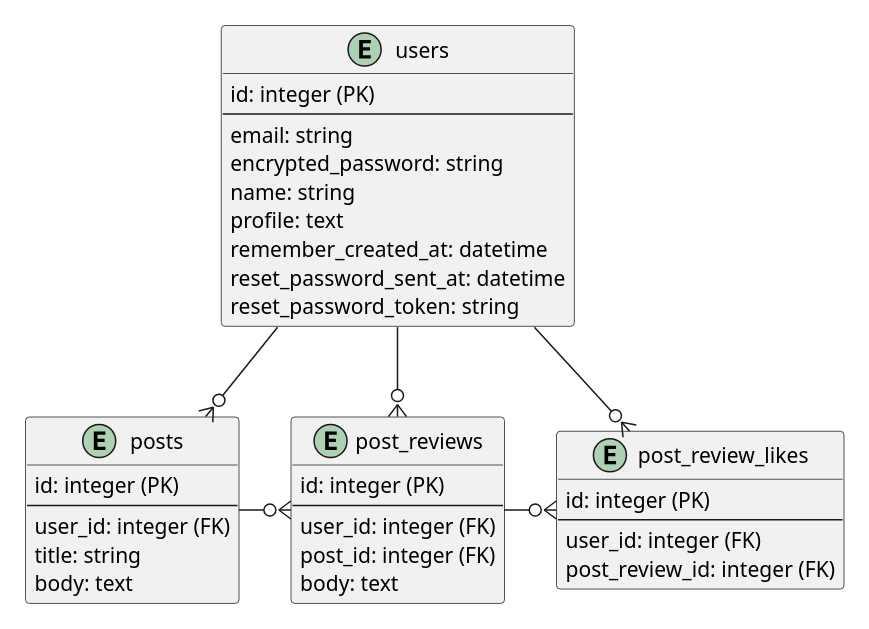
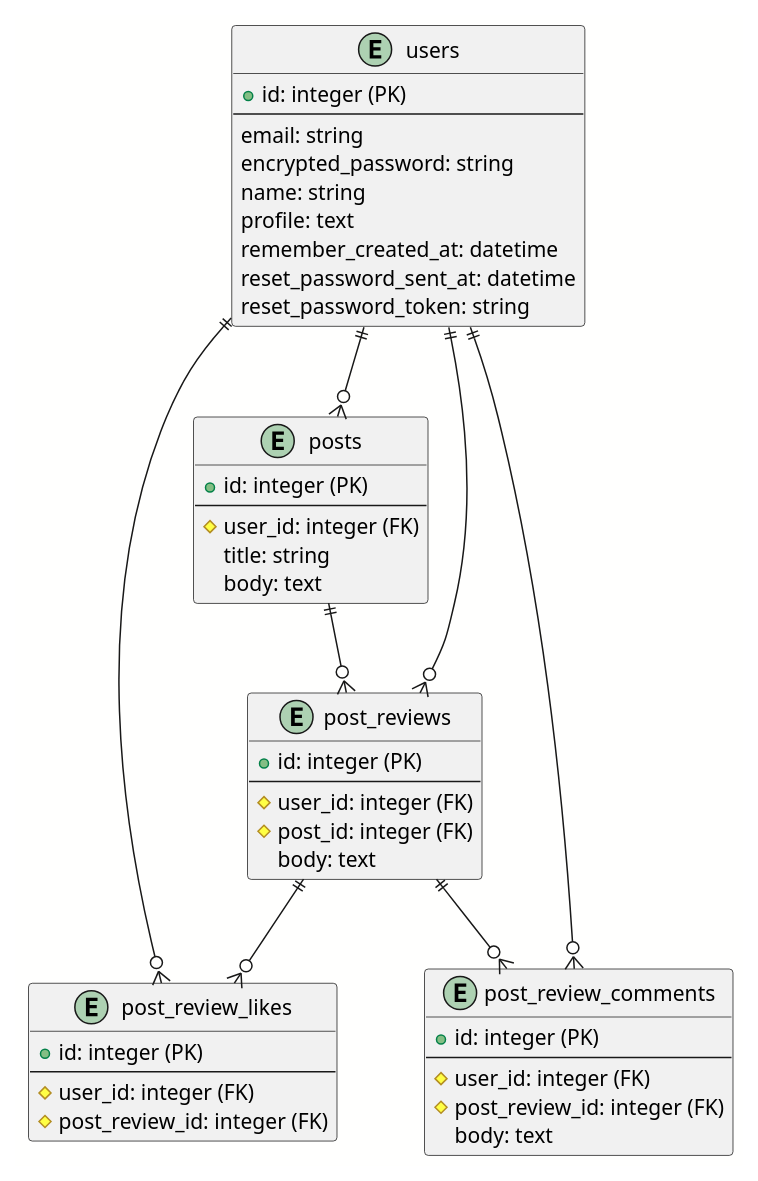
Before and after one commit to necocoa/Instant-code-review: the diagram in README.md, drawn with PlantUML.

Commit message:
READMEにER図を追加

````diff
--- a/README.md
+++ b/README.md
@@ -8,47 +8,62 @@
 ```plantuml
-skinparam defaultFontName Menlo
-skinparam backgroundColor #FFFFFE
+@startuml
+
+skinparam {
+  defaultFontName Menlo
+  backgroundColor #FFFFFE
+}
 
 entity users {
-  id: integer (PK)
+  + id: integer (PK)
   --
   email: string
   encrypted_password: string
   name: string
   profile: text
   remember_created_at: datetime
   reset_password_sent_at: datetime
   reset_password_token: string
 }
 
 entity posts {
-  id: integer (PK)
+  + id: integer (PK)
   --
-  user_id: integer (FK)
+  # user_id: integer (FK)
   title: string
   body: text
 }
 
 entity post_reviews {
-  id: integer (PK)
+  + id: integer (PK)
   --
-  user_id: integer (FK)
-  post_id: integer (FK)
+  # user_id: integer (FK)
+  # post_id: integer (FK)
   body: text
 }
 
 entity post_review_likes {
-  id: integer (PK)
+  + id: integer (PK)
   --
-  user_id: integer (FK)
-  post_review_id: integer (FK)
+  # user_id: integer (FK)
+  # post_review_id: integer (FK)
 }
 
-users --o{ post_reviews
-users --o{ posts
-users --o{ post_review_likes
+entity post_review_comments {
+  + id: integer (PK)
+  --
+  # user_id: integer (FK)
+  # post_review_id: integer (FK)
+  body: text
+}
 
-posts -r-o{ post_reviews
-post_reviews -r-o{ post_review_likes
+users ||--o{ post_reviews
+users ||--o{ posts
+users ||--o{ post_review_likes
+users ||--o{ post_review_comments
 
+posts ||--o{ post_reviews
+post_reviews ||--o{ post_review_likes
+post_reviews ||--o{ post_review_comments
+
+@enduml
 ```
````
